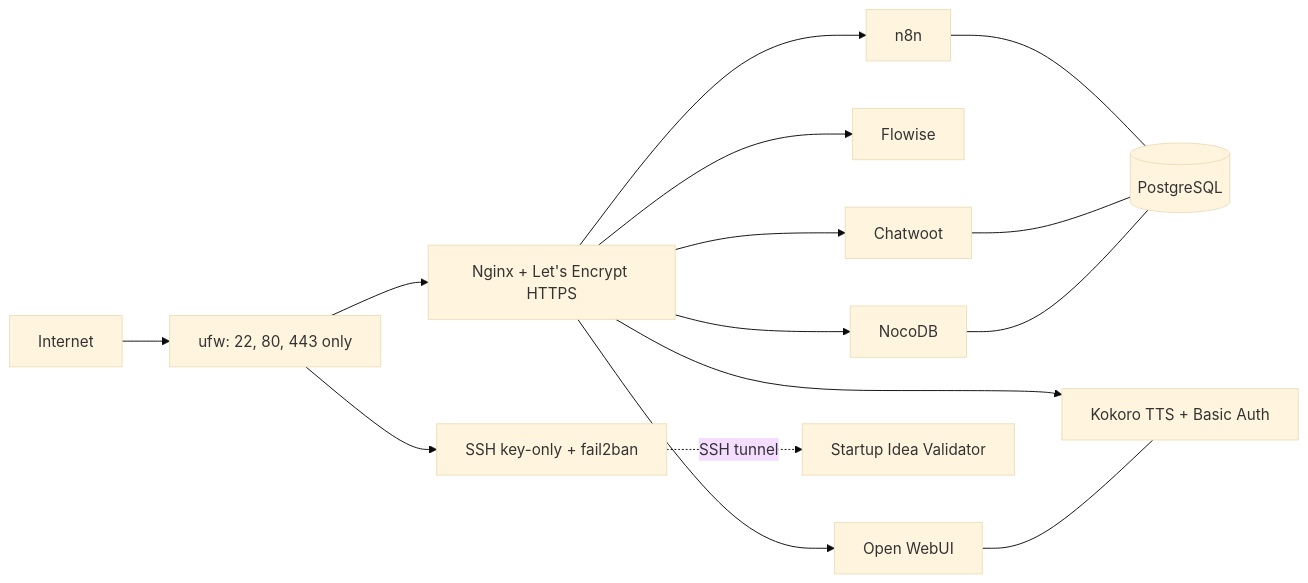
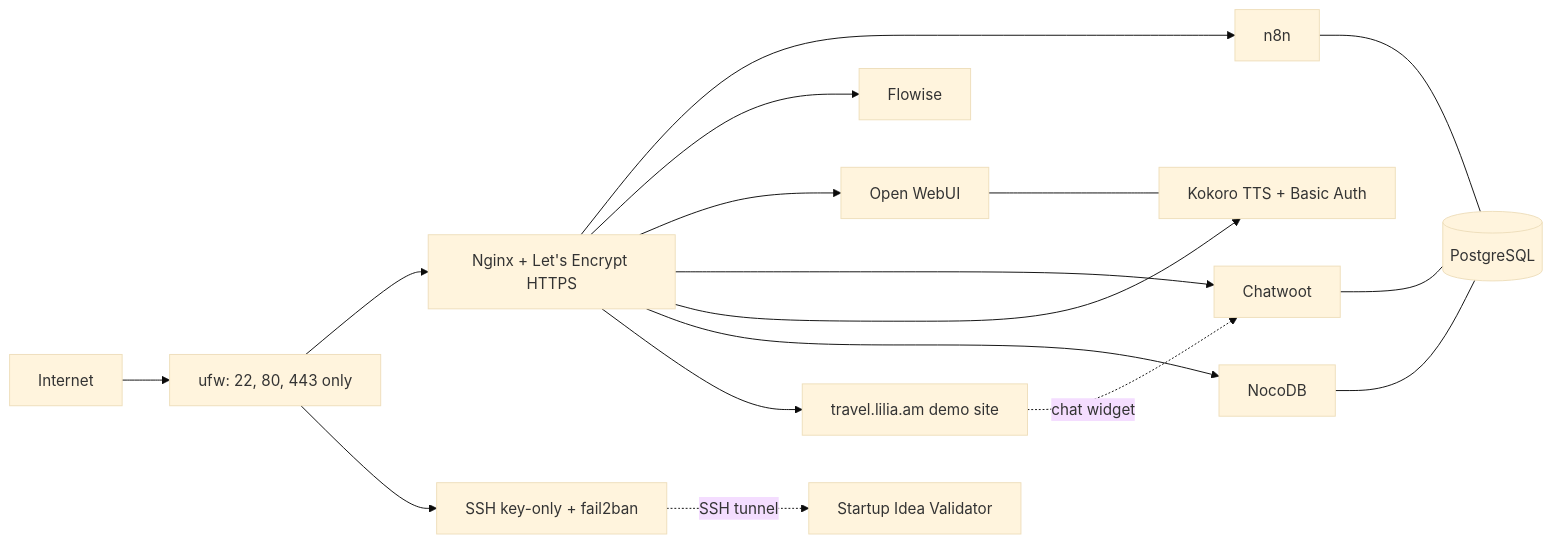
The diagram in README.md (Lilli-Ai/vps-automation-lab), drawn with Mermaid (base theme) before and after one commit. The commit also changed other lines of this file, not shown here.

````diff
--- a/README.md
+++ b/README.md
@@ -7,17 +15,19 @@
 ```mermaid
 flowchart LR
     U[Internet] --> F[ufw: 22, 80, 443 only]
     F --> N[Nginx + Let's Encrypt HTTPS]
     F --> S[SSH key-only + fail2ban]
     N --> A[n8n]
     N --> B[Flowise]
     N --> C[Open WebUI]
     N --> D[Chatwoot]
     N --> K[Kokoro TTS + Basic Auth]
     N --> O[NocoDB]
+    N --> T[travel.lilia.am demo site]
     S -. SSH tunnel .-> V[Startup Idea Validator]
+    T -. chat widget .-> D
     C --- K
     A --- P[(PostgreSQL)]
     D --- P
     O --- P
 ```
````
